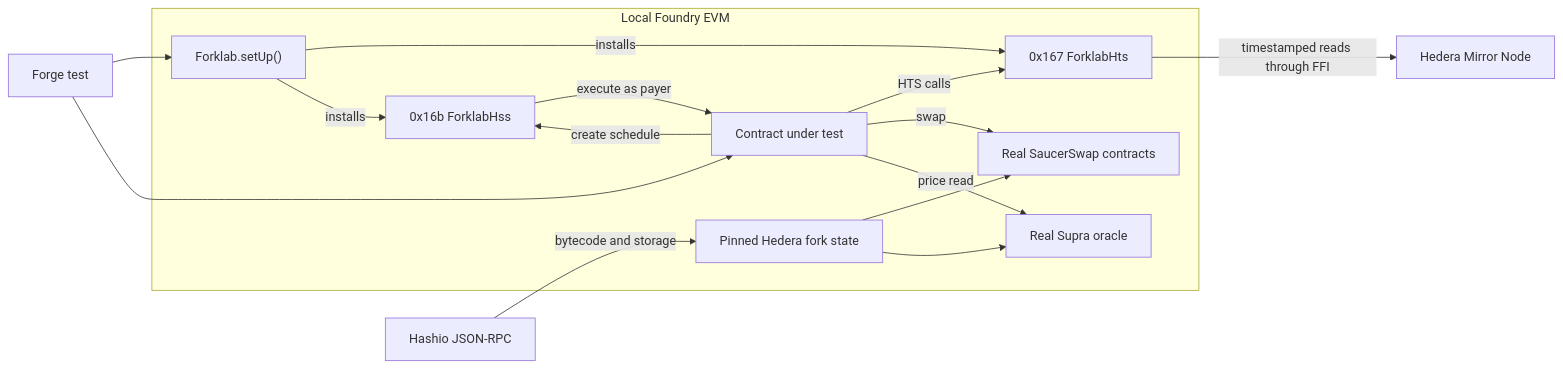
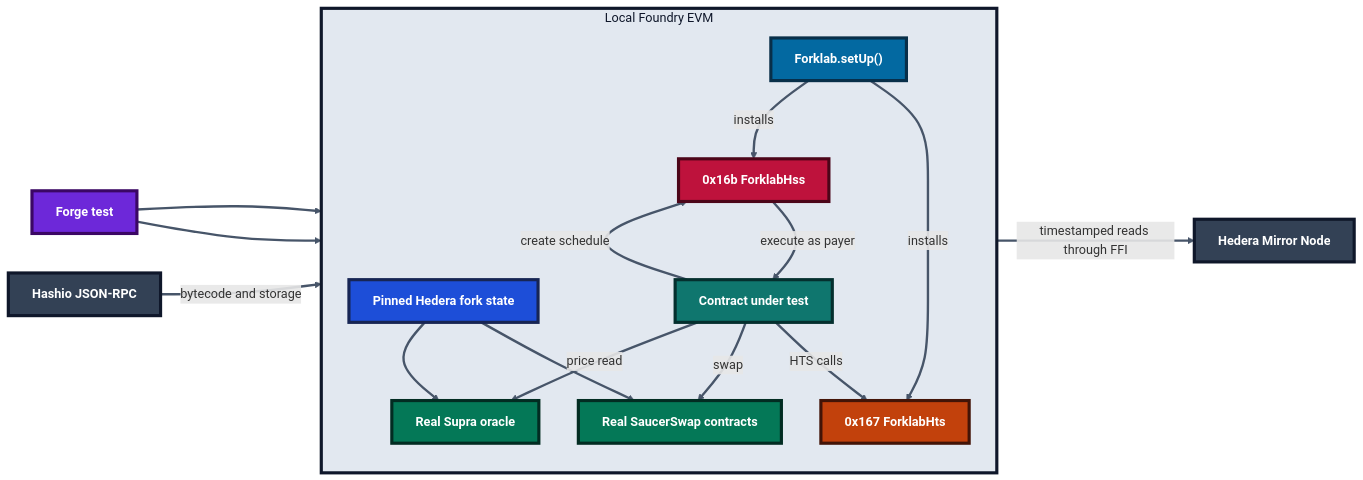
One commit to Jennycruzy/scaffold-hbar-forklab changed the diagram in README.md. Above: the diagram before and after it, drawn with Mermaid.

Commit message:
Strengthen architecture diagram styling

````diff
--- a/README.md
+++ b/README.md
@@ -44,30 +44,52 @@
 ```mermaid
 flowchart LR
     TEST["Forge test"]
     RPC["Hashio JSON-RPC"]
     MIRROR["Hedera Mirror Node"]
 
     subgraph LOCAL["Local Foundry EVM"]
+        direction TB
         SETUP["Forklab.setUp()"]
         FORK["Pinned Hedera fork state"]
         APP["Contract under test"]
         HTS["0x167 ForklabHts"]
         HSS["0x16b ForklabHss"]
         SAUCER["Real SaucerSwap contracts"]
         SUPRA["Real Supra oracle"]
     end
 
     TEST --> SETUP
     TEST --> APP
     SETUP -->|"installs"| HTS
     SETUP -->|"installs"| HSS
     RPC -->|"bytecode and storage"| FORK
     FORK --> SAUCER
     FORK --> SUPRA
     APP -->|"HTS calls"| HTS
     HTS -->|"timestamped reads through FFI"| MIRROR
     APP -->|"create schedule"| HSS
     HSS -->|"execute as payer"| APP
     APP -->|"swap"| SAUCER
     APP -->|"price read"| SUPRA
+
+    classDef test fill:#6D28D9,stroke:#3B0764,stroke-width:4px,color:#FFFFFF,font-weight:bold
+    classDef control fill:#0369A1,stroke:#082F49,stroke-width:4px,color:#FFFFFF,font-weight:bold
+    classDef state fill:#1D4ED8,stroke:#172554,stroke-width:4px,color:#FFFFFF,font-weight:bold
+    classDef app fill:#0F766E,stroke:#042F2E,stroke-width:4px,color:#FFFFFF,font-weight:bold
+    classDef hts fill:#C2410C,stroke:#431407,stroke-width:4px,color:#FFFFFF,font-weight:bold
+    classDef hss fill:#BE123C,stroke:#4C0519,stroke-width:4px,color:#FFFFFF,font-weight:bold
+    classDef integration fill:#047857,stroke:#022C22,stroke-width:4px,color:#FFFFFF,font-weight:bold
+    classDef network fill:#334155,stroke:#0F172A,stroke-width:4px,color:#FFFFFF,font-weight:bold
+
+    class TEST test
+    class SETUP control
+    class FORK state
+    class APP app
+    class HTS hts
+    class HSS hss
+    class SAUCER,SUPRA integration
+    class RPC,MIRROR network
+
+    style LOCAL fill:#E2E8F0,stroke:#0F172A,stroke-width:4px,color:#0F172A
+    linkStyle default stroke:#475569,stroke-width:3px
 ```
````
